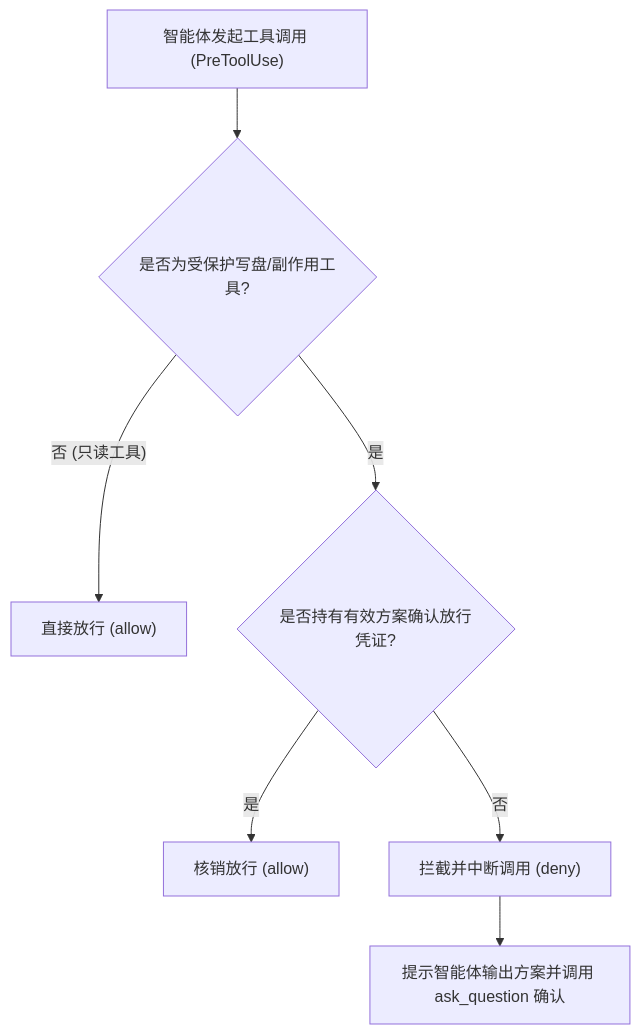
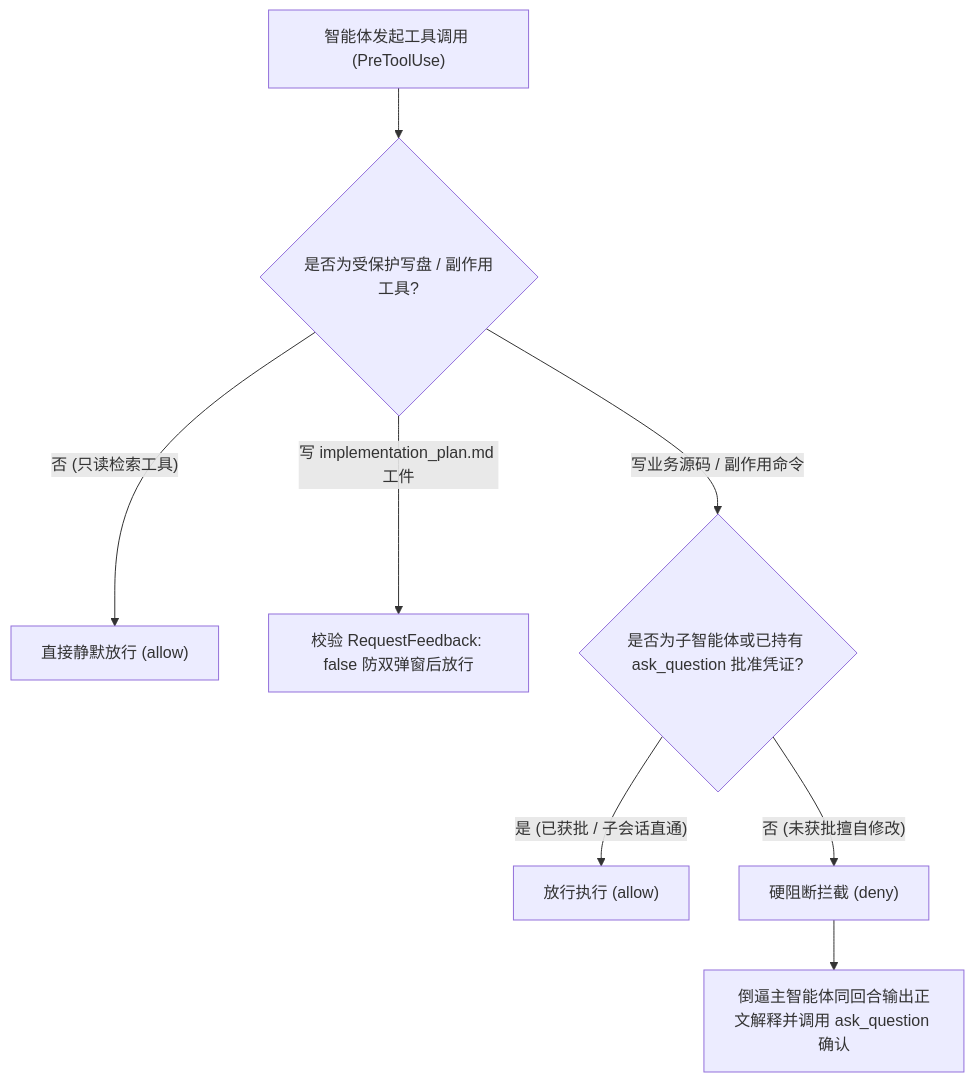
The diagram in README.md (ToruOlenyeva/antigravity-plan-guard), drawn with Mermaid before and after one commit. The commit also changed other lines of this file and 1 other file, not shown here.

Commit message:
docs(readme): 更新门禁系统文档说明 / Update plan guard documentation

````diff
--- a/README.md
+++ b/README.md
@@ -97,9 +35,10 @@
 ```mermaid
 flowchart TD
-    A["智能体发起工具调用 (PreToolUse)"] --> B{"是否为受保护写盘/副作用工具?"}
-    B -- 否 (只读工具) --> C["直接放行 (allow)"]
-    B -- 是 --> D{"是否持有有效方案确认放行凭证?"}
-    D -- 是 --> E["核销放行 (allow)"]
-    D -- 否 --> F["拦截并中断调用 (deny)"]
-    F --> G["提示智能体输出方案并调用 ask_question 确认"]
+    A["智能体发起工具调用 (PreToolUse)"] --> B{"是否为受保护写盘 / 副作用工具?"}
+    B -- "否 (只读检索工具)" --> C["直接静默放行 (allow)"]
+    B -- "写 implementation_plan.md 工件" --> D["校验 RequestFeedback: false 防双弹窗后放行"]
+    B -- "写业务源码 / 副作用命令" --> E{"是否为子智能体或已持有 ask_question 批准凭证?"}
+    E -- "是 (已获批 / 子会话直通)" --> F["放行执行 (allow)"]
+    E -- "否 (未获批擅自修改)" --> G["硬阻断拦截 (deny)"]
+    G --> H["倒逼主智能体同回合输出正文解释并调用 ask_question 确认"]
 ```
````
